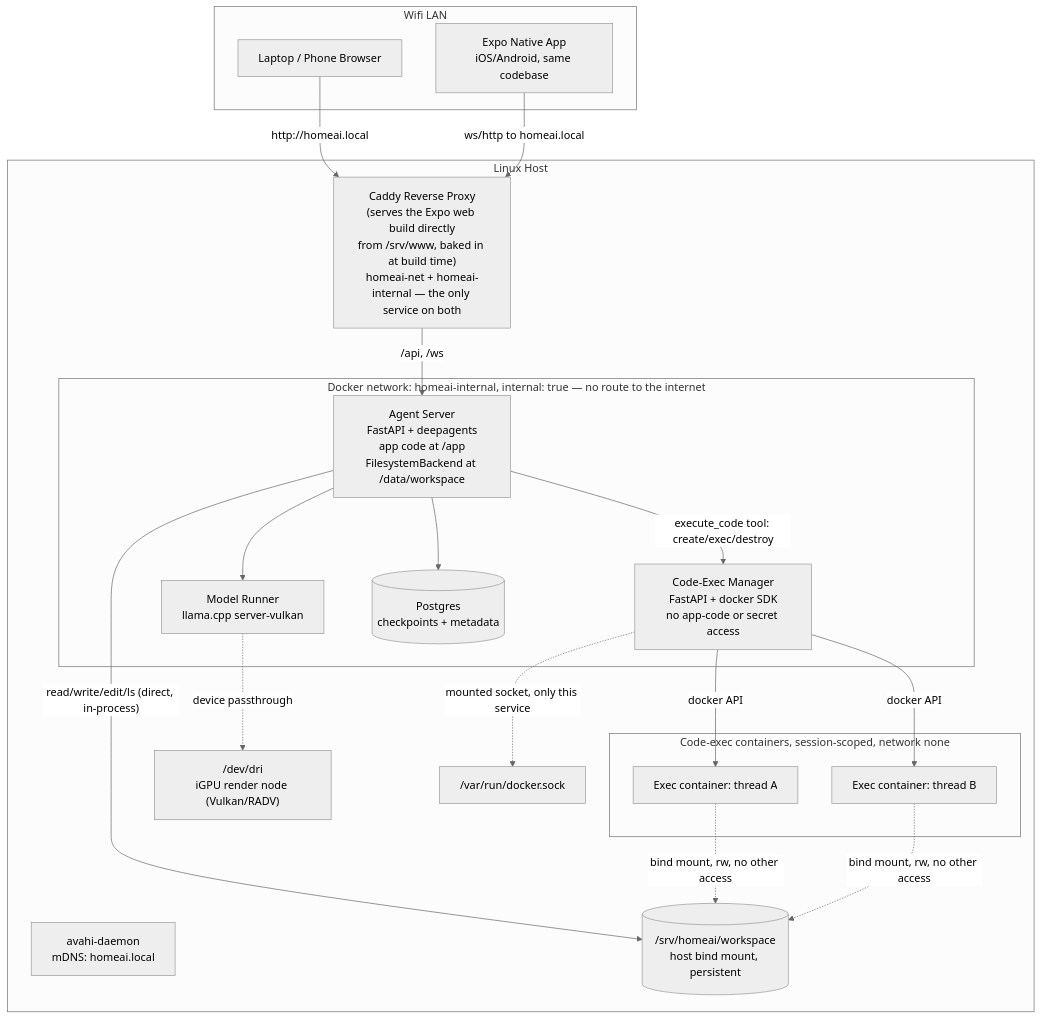
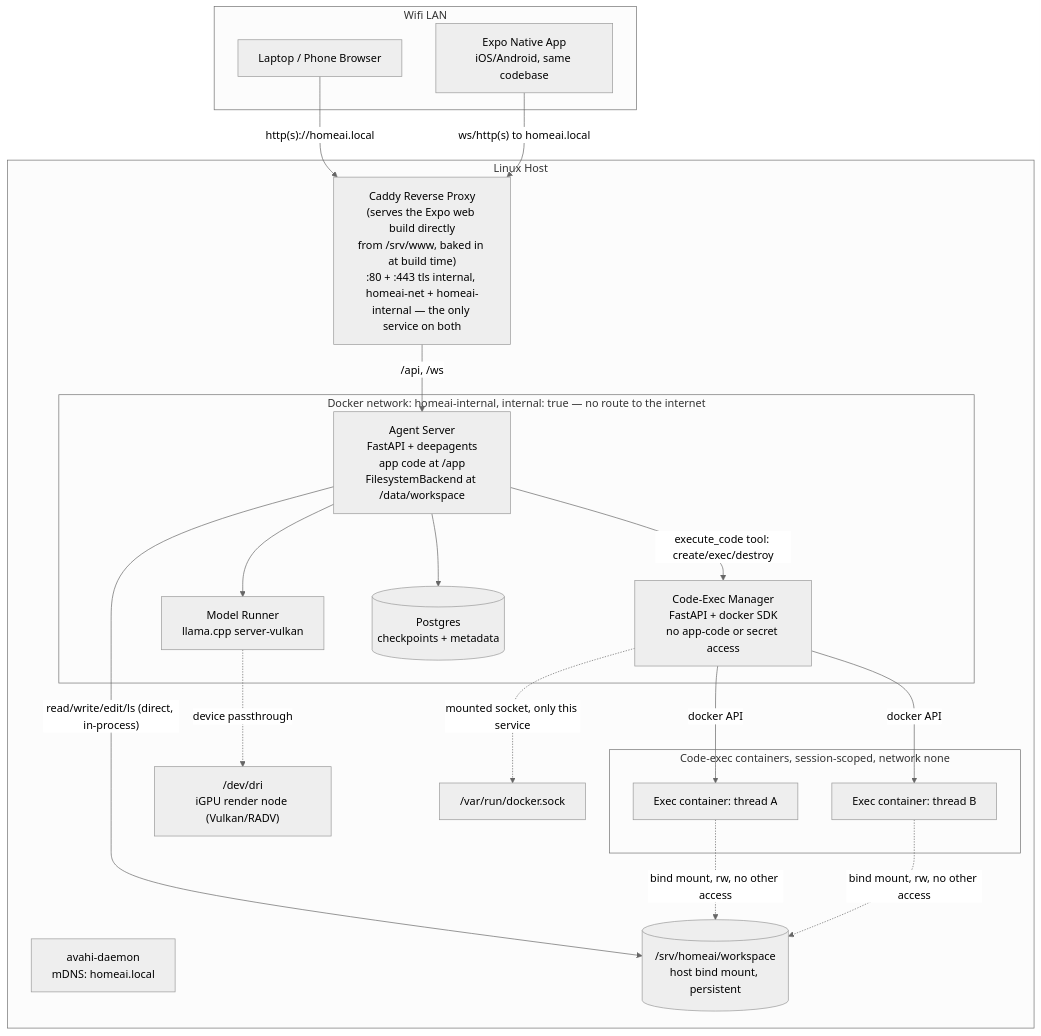
One commit to cucucachu/unnamed_local_ai_server changed the first of 3 diagrams in docs/ARCHITECTURE.md. Above: the diagram before and after it, drawn with Mermaid (neutral theme). The commit also changed other lines of this file and 13 other files, not shown here.

First line of the commit message:
M9-05: serve homeai.local over HTTPS with Caddy's internal CA.

````diff
--- a/docs/ARCHITECTURE.md
+++ b/docs/ARCHITECTURE.md
@@ -26,43 +26,43 @@
 ```mermaid
 flowchart TB
     subgraph lan [Wifi LAN]
         browser[Laptop / Phone Browser]
         nativeapp[Expo Native App\niOS/Android, same codebase]
     end
 
-    browser -->|"http://homeai.local"| proxy
-    nativeapp -->|"ws/http to homeai.local"| proxy
+    browser -->|"http(s)://homeai.local"| proxy
+    nativeapp -->|"ws/http(s) to homeai.local"| proxy
 
     subgraph host [Linux Host]
-        proxy["Caddy Reverse Proxy\n(serves the Expo web build directly\nfrom /srv/www, baked in at build time)\nhomeai-net + homeai-internal — the only service on both"]
+        proxy["Caddy Reverse Proxy\n(serves the Expo web build directly\nfrom /srv/www, baked in at build time)\n:80 + :443 tls internal, homeai-net + homeai-internal — the only service on both"]
         avahi[avahi-daemon\nmDNS: homeai.local]
 
         subgraph internalnet [Docker network: homeai-internal, internal: true — no route to the internet]
             agent["Agent Server\nFastAPI + deepagents\napp code at /app\nFilesystemBackend at /data/workspace"]
             execmgr[Code-Exec Manager\nFastAPI + docker SDK\nno app-code or secret access]
             model[Model Runner\nllama.cpp server-vulkan]
             pg[(Postgres\ncheckpoints + metadata)]
         end
 
         subgraph execpool [Code-exec containers, session-scoped, network none]
             exec1[Exec container: thread A]
             exec2[Exec container: thread B]
         end
 
         workspace[("/srv/homeai/workspace\nhost bind mount, persistent")]
         dri["/dev/dri\niGPU render node (Vulkan/RADV)"]
         dsock["/var/run/docker.sock"]
     end
 
     proxy -->|"/api, /ws"| agent
     agent --> model
     agent --> pg
     agent -->|"read/write/edit/ls (direct, in-process)"| workspace
     agent -->|"execute_code tool: create/exec/destroy"| execmgr
     execmgr -->|docker API| exec1
     execmgr -->|docker API| exec2
     execmgr -.->|mounted socket, only this service| dsock
     exec1 -.->|"bind mount, rw, no other access"| workspace
     exec2 -.->|"bind mount, rw, no other access"| workspace
     model -.->|device passthrough| dri
 ```
````
